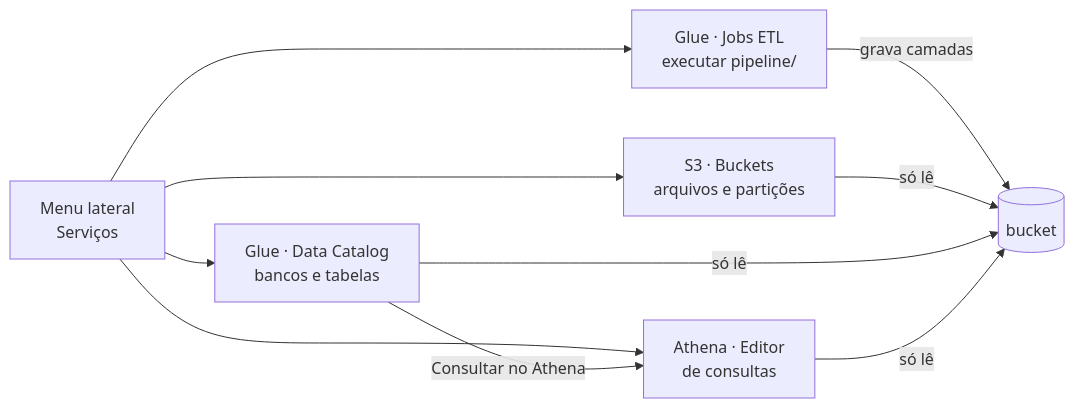
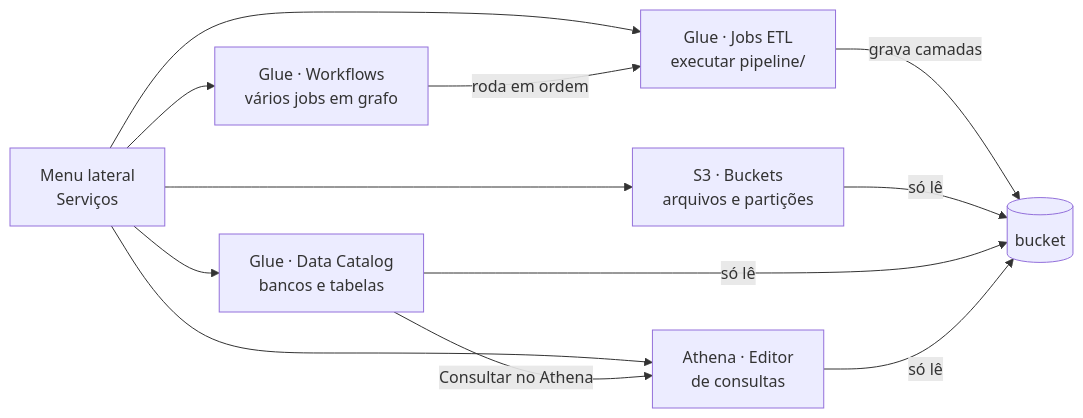
One commit to sertaoseracloud/projeto-final-tracking changed the second of 5 diagrams in explorador/README.md. Above: the diagram before and after it, drawn with Mermaid. The commit also changed other lines of this file and 12 other files, not shown here.

First line of the commit message:
Explorador: Glue Workflows para juntar jobs num grafo e rodar tudo

````diff
--- a/explorador/README.md
+++ b/explorador/README.md
@@ -74,12 +74,14 @@
 ```mermaid
 flowchart LR
     menu["Menu lateral<br/>Serviços"] --> s3["S3 · Buckets<br/>arquivos e partições"]
     menu --> cat["Glue · Data Catalog<br/>bancos e tabelas"]
     menu --> jobs["Glue · Jobs ETL<br/>executar pipeline/"]
+    menu --> wf["Glue · Workflows<br/>vários jobs em grafo"]
     menu --> ath["Athena · Editor<br/>de consultas"]
+    wf -->|roda em ordem| jobs
     jobs -->|grava camadas| bucket[("bucket")]
     s3 -->|só lê| bucket
     cat -->|só lê| bucket
     ath -->|só lê| bucket
     cat -->|Consultar no Athena| ath
 ```
````
